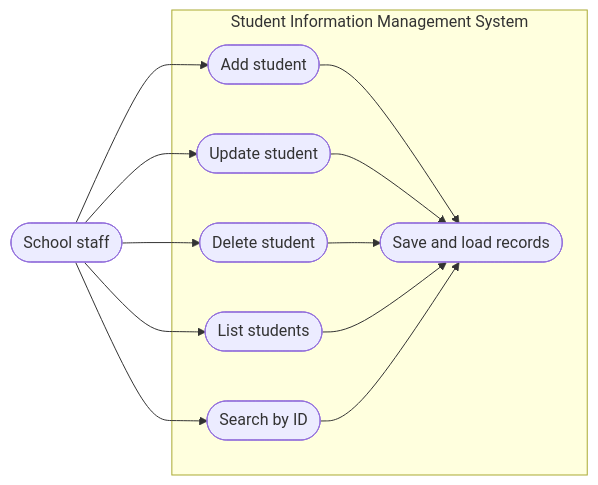
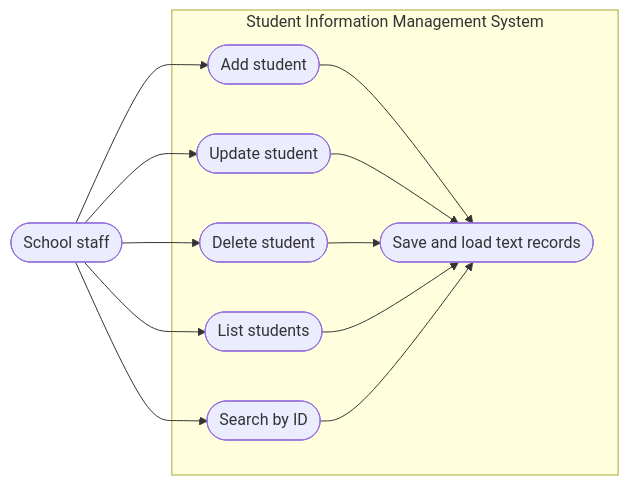
Before and after one commit to ja3h1/Student-System-Information: the second of 4 diagrams in UML_DESIGN.md, drawn with Mermaid. The commit also changed other lines of this file and 3 other files, not shown here.

Commit message:
Store student records in a text file

````diff
--- a/UML_DESIGN.md
+++ b/UML_DESIGN.md
@@ -46,22 +46,22 @@
 ```mermaid
 flowchart LR
     Staff([School staff])
     subgraph SIMS[Student Information Management System]
       Add([Add student])
       List([List students])
       Search([Search by ID])
       Update([Update student])
       Delete([Delete student])
-      Persist([Save and load records])
+      Persist([Save and load text records])
     end
     Staff --> Add
     Staff --> List
     Staff --> Search
     Staff --> Update
     Staff --> Delete
     Add --> Persist
     Update --> Persist
     Delete --> Persist
     List --> Persist
     Search --> Persist
 ```
````
